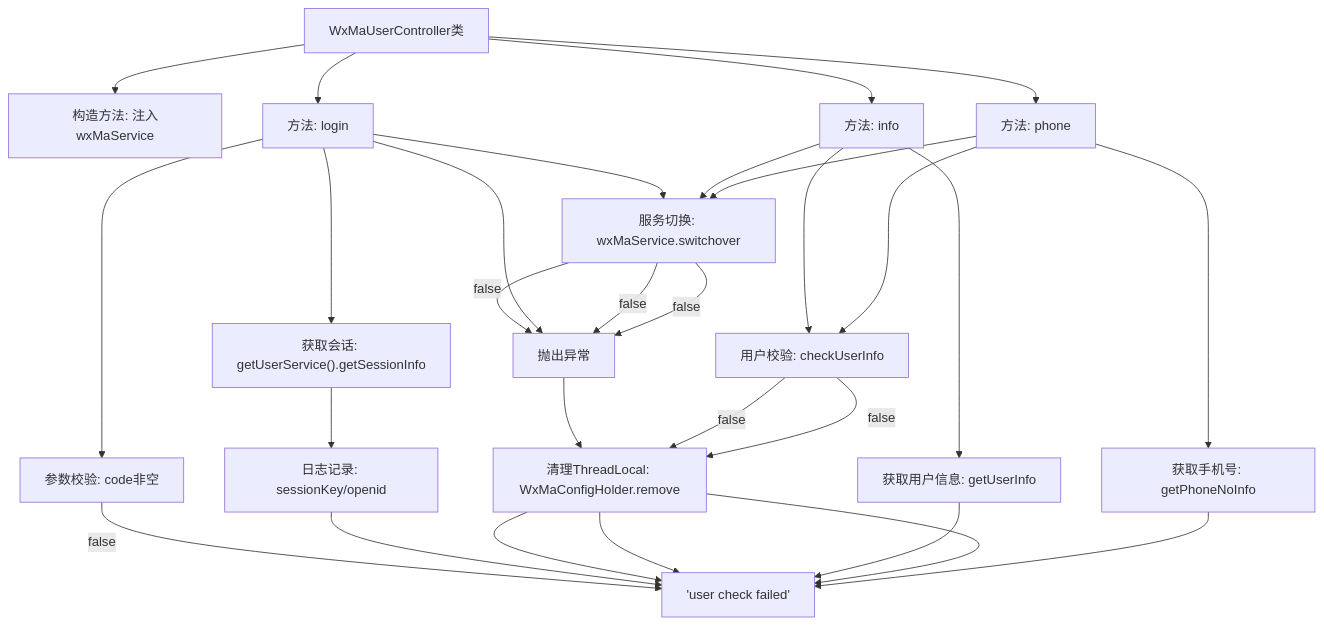
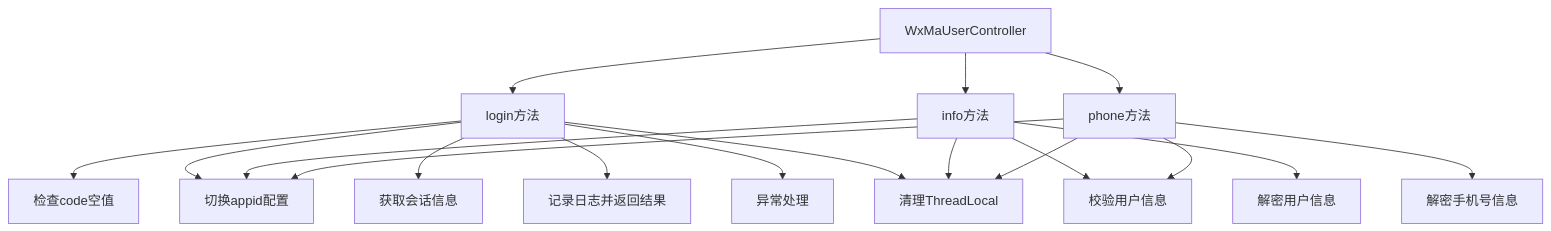
The second of 2 diagrams in docs/zh/docs/src/main/java/com/github/binarywang/demo/wx/miniapp/controller/WxMaUserController.md (v-wjrong/rongwj666_weixin-java-miniapp-demo), drawn with Mermaid before and after one commit. The commit also changed other lines of this file and 42 other files, not shown here.

````diff
--- a/docs/zh/docs/src/main/java/com/github/binarywang/demo/wx/miniapp/controller/WxMaUserController.md
+++ b/docs/zh/docs/src/main/java/com/github/binarywang/demo/wx/miniapp/controller/WxMaUserController.md
@@ -80,33 +93,34 @@
 ```mermaid
 graph TD
-    A["WxMaUserController类"]
-    B["构造方法: 注入wxMaService"]
-    C["方法: login"]
-    D["方法: info"]
-    E["方法: phone"]
-    F["参数校验: code非空"]
-    G["服务切换: wxMaService.switchover"]
-    H["获取会话: getUserService().getSessionInfo"]
-    I["日志记录: sessionKey/openid"]
-    J["异常处理: WxErrorException"]
-    K["清理ThreadLocal: WxMaConfigHolder.remove"]
-    L["用户校验: checkUserInfo"]
-    M["获取用户信息: getUserInfo"]
-    N["获取手机号: getPhoneNoInfo"]
-    O["返回JSON结果"]
+    A["WxMaUserController"]
+    B["login方法"]
+    C["info方法"]
+    D["phone方法"]
+    E["检查code空值"]
+    F["切换appid配置"]
+    G["获取会话信息"]
+    H["记录日志并返回结果"]
+    I["异常处理"]
+    J["清理ThreadLocal"]
+    K["校验用户信息"]
+    L["解密用户信息"]
+    M["解密手机号信息"]
 
     A --> B
     A --> C
     A --> D
-    A --> E
-    C --> F -->|false| O["'empty jscode'"]
-    C --> G -->|false| J["抛出异常"]
-    C --> H --> I --> O
-    C --> J --> K --> O
-    D --> G -->|false| J
-    D --> L -->|false| K --> O["'user check failed'"]
-    D --> M --> O
-    E --> G -->|false| J
-    E --> L -->|false| K --> O["'user check failed'"]
-    E --> N --> O
+    B --> E["检查code空值"]
+    B --> F["切换appid配置"]
+    B --> G["获取会话信息"]
+    B --> H["记录日志并返回结果"]
+    B --> I["异常处理"]
+    B --> J["清理ThreadLocal"]
+    C --> F
+    C --> K["校验用户信息"]
+    C --> L["解密用户信息"]
+    C --> J
+    D --> F
+    D --> K
+    D --> M["解密手机号信息"]
+    D --> J
 ```
````
